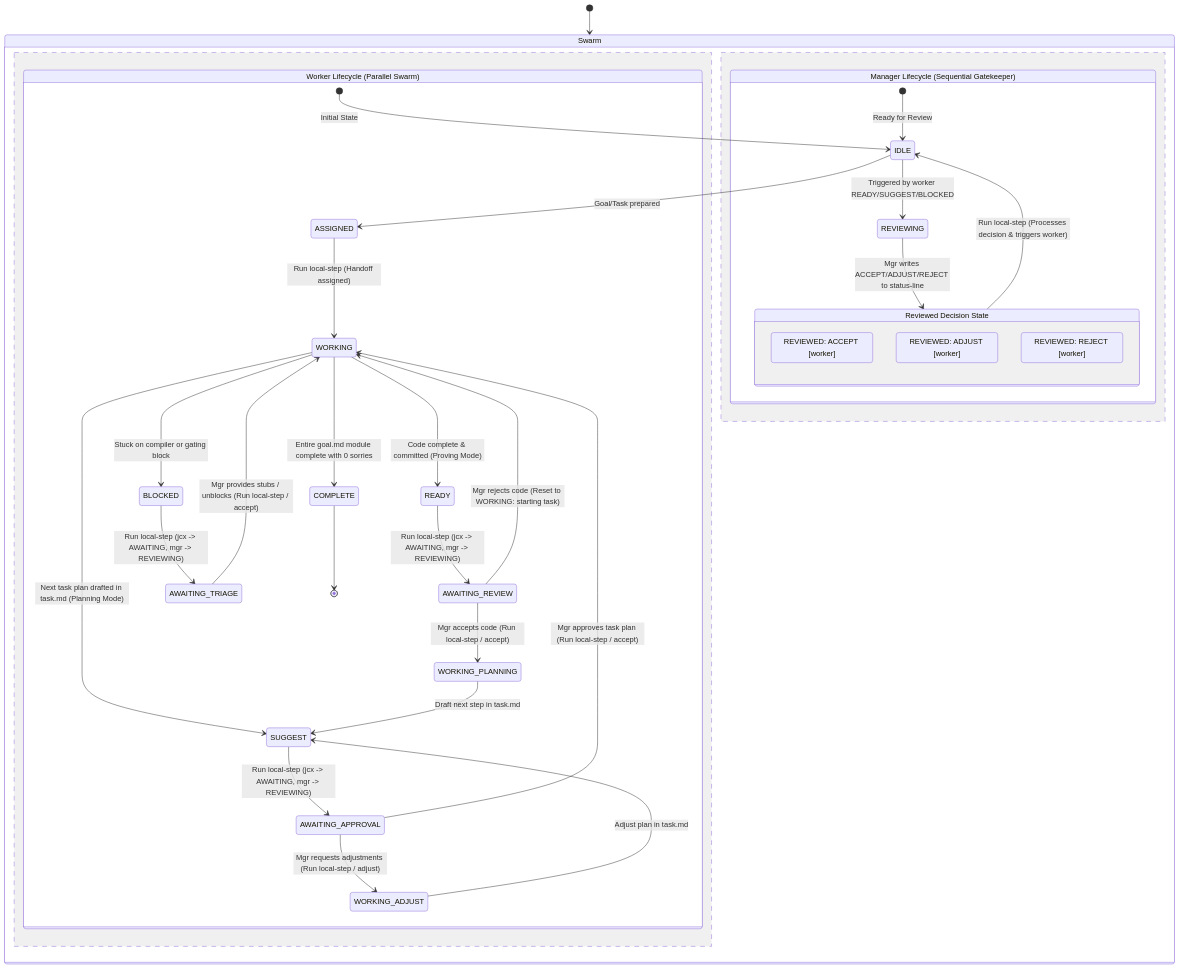
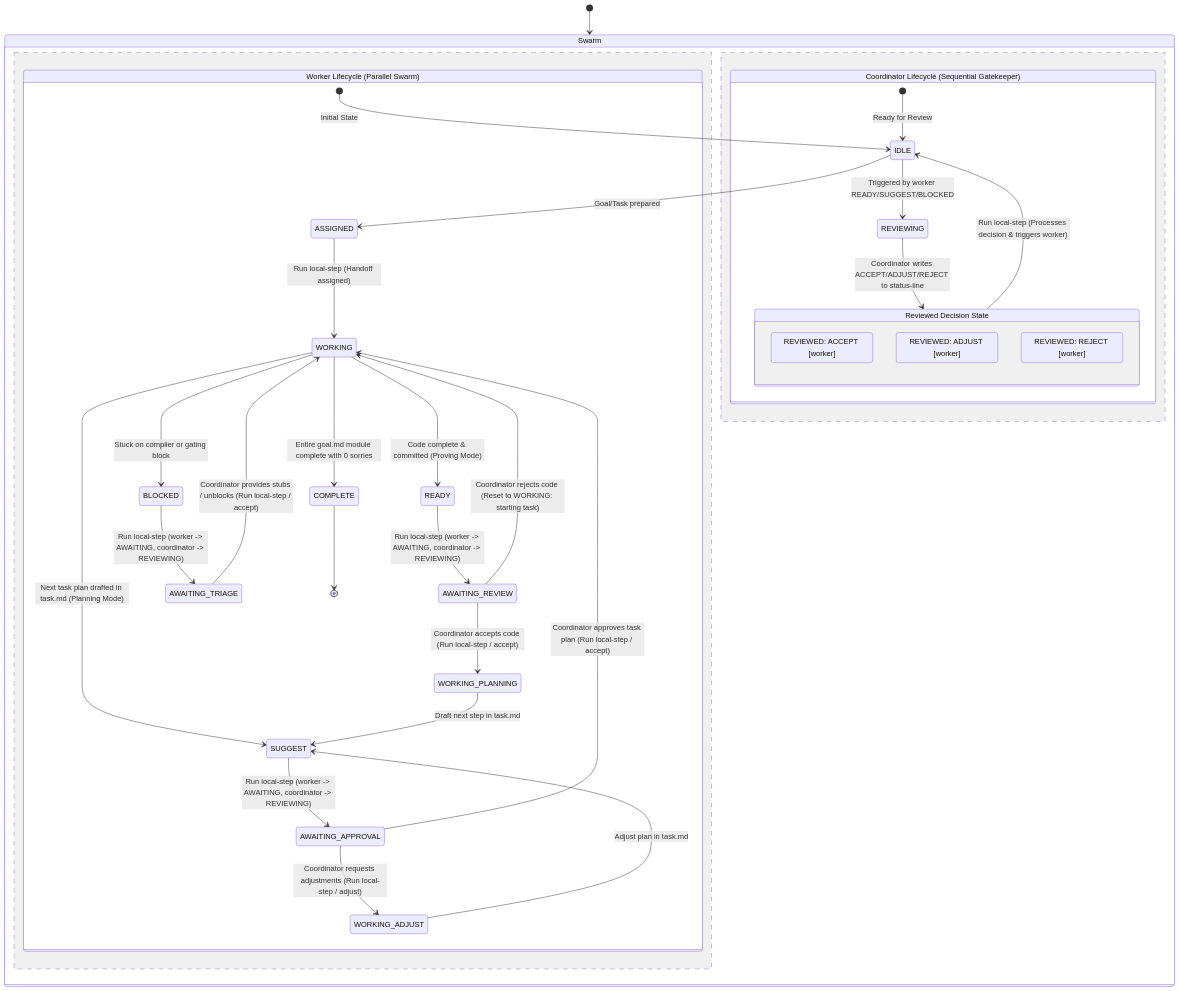
One commit to tangentstorm/scialect changed the diagram in docs/state-machine.md. Above: the diagram before and after it, drawn with Mermaid. The commit also changed other lines of this file, not shown here.

Commit message:
docs: generalize state machine docs, removing local config names and analogies

````diff
--- a/docs/state-machine.md
+++ b/docs/state-machine.md
@@ -13,46 +11,46 @@
 ```mermaid
 stateDiagram-v2
     [*] --> Swarm
     state Swarm {
         state "Worker Lifecycle (Parallel Swarm)" as WorkerLifecycle {
             [*] --> IDLE : Initial State
             IDLE --> ASSIGNED : Goal/Task prepared
             ASSIGNED --> WORKING : Run local-step (Handoff assigned)
             
             WORKING --> READY : Code complete & committed (Proving Mode)
             WORKING --> SUGGEST : Next task plan drafted in task.md (Planning Mode)
             WORKING --> BLOCKED : Stuck on compiler or gating block
             
-            READY --> AWAITING_REVIEW : Run local-step (jcx -> AWAITING, mgr -> REVIEWING)
-            SUGGEST --> AWAITING_APPROVAL : Run local-step (jcx -> AWAITING, mgr -> REVIEWING)
-            BLOCKED --> AWAITING_TRIAGE : Run local-step (jcx -> AWAITING, mgr -> REVIEWING)
+            READY --> AWAITING_REVIEW : Run local-step (worker -> AWAITING, coordinator -> REVIEWING)
+            SUGGEST --> AWAITING_APPROVAL : Run local-step (worker -> AWAITING, coordinator -> REVIEWING)
+            BLOCKED --> AWAITING_TRIAGE : Run local-step (worker -> AWAITING, coordinator -> REVIEWING)
             
-            AWAITING_REVIEW --> WORKING_PLANNING : Mgr accepts code (Run local-step / accept)
-            AWAITING_APPROVAL --> WORKING : Mgr approves task plan (Run local-step / accept)
-            AWAITING_TRIAGE --> WORKING : Mgr provides stubs / unblocks (Run local-step / accept)
+            AWAITING_REVIEW --> WORKING_PLANNING : Coordinator accepts code (Run local-step / accept)
+            AWAITING_APPROVAL --> WORKING : Coordinator approves task plan (Run local-step / accept)
+            AWAITING_TRIAGE --> WORKING : Coordinator provides stubs / unblocks (Run local-step / accept)
             
-            AWAITING_REVIEW --> WORKING : Mgr rejects code (Reset to WORKING: starting task)
-            AWAITING_APPROVAL --> WORKING_ADJUST : Mgr requests adjustments (Run local-step / adjust)
+            AWAITING_REVIEW --> WORKING : Coordinator rejects code (Reset to WORKING: starting task)
+            AWAITING_APPROVAL --> WORKING_ADJUST : Coordinator requests adjustments (Run local-step / adjust)
             
             WORKING_PLANNING --> SUGGEST : Draft next step in task.md
             WORKING_ADJUST --> SUGGEST : Adjust plan in task.md
             
             WORKING --> COMPLETE : Entire goal.md module complete with 0 sorries
             COMPLETE --> [*]
         }
         --
-        state "Manager Lifecycle (Sequential Gatekeeper)" as ManagerLifecycle {
+        state "Coordinator Lifecycle (Sequential Gatekeeper)" as CoordinatorLifecycle {
             [*] --> IDLE : Ready for Review
             IDLE --> REVIEWING : Triggered by worker READY/SUGGEST/BLOCKED
-            REVIEWING --> REVIEWED_DECISION : Mgr writes ACCEPT/ADJUST/REJECT to status-line
+            REVIEWING --> REVIEWED_DECISION : Coordinator writes ACCEPT/ADJUST/REJECT to status-line
             
             state "Reviewed Decision State" as REVIEWED_DECISION {
                 REVIEWED_ACCEPT : REVIEWED: ACCEPT [worker]
                 REVIEWED_ADJUST : REVIEWED: ADJUST [worker]
                 REVIEWED_REJECT : REVIEWED: REJECT [worker]
             }
             
             REVIEWED_DECISION --> IDLE : Run local-step (Processes decision & triggers worker)
         }
     }
 ```
````
